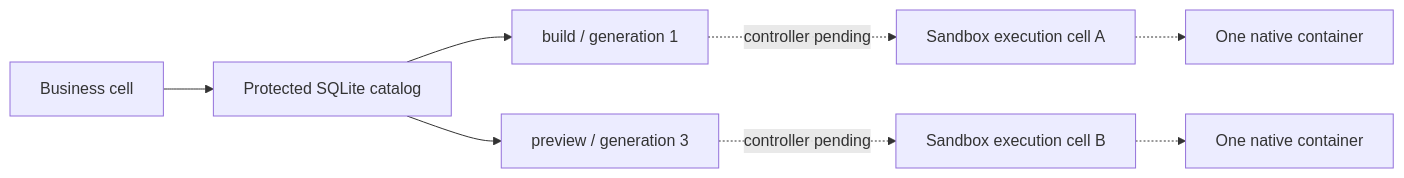
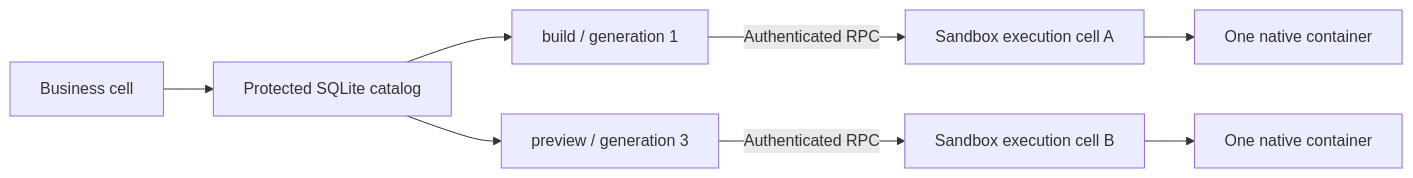
The first of 4 diagrams in crates/cellar-container/allocations.md (crabbuild/cellar), drawn with Mermaid before and after one commit. The commit also changed other lines of this file and 40 other files, not shown here.

````diff
--- a/crates/cellar-container/allocations.md
+++ b/crates/cellar-container/allocations.md
@@ -11,10 +12,10 @@
 ```mermaid
 flowchart LR
     Business[Business cell] --> Catalog[Protected SQLite catalog]
     Catalog --> A[build / generation 1]
     Catalog --> B[preview / generation 3]
-    A -. controller pending .-> ChildA[Sandbox execution cell A]
-    B -. controller pending .-> ChildB[Sandbox execution cell B]
-    ChildA -.-> NativeA[One native container]
-    ChildB -.-> NativeB[One native container]
+    A -->|Authenticated RPC| ChildA[Sandbox execution cell A]
+    B -->|Authenticated RPC| ChildB[Sandbox execution cell B]
+    ChildA --> NativeA[One native container]
+    ChildB --> NativeB[One native container]
 ```
````
